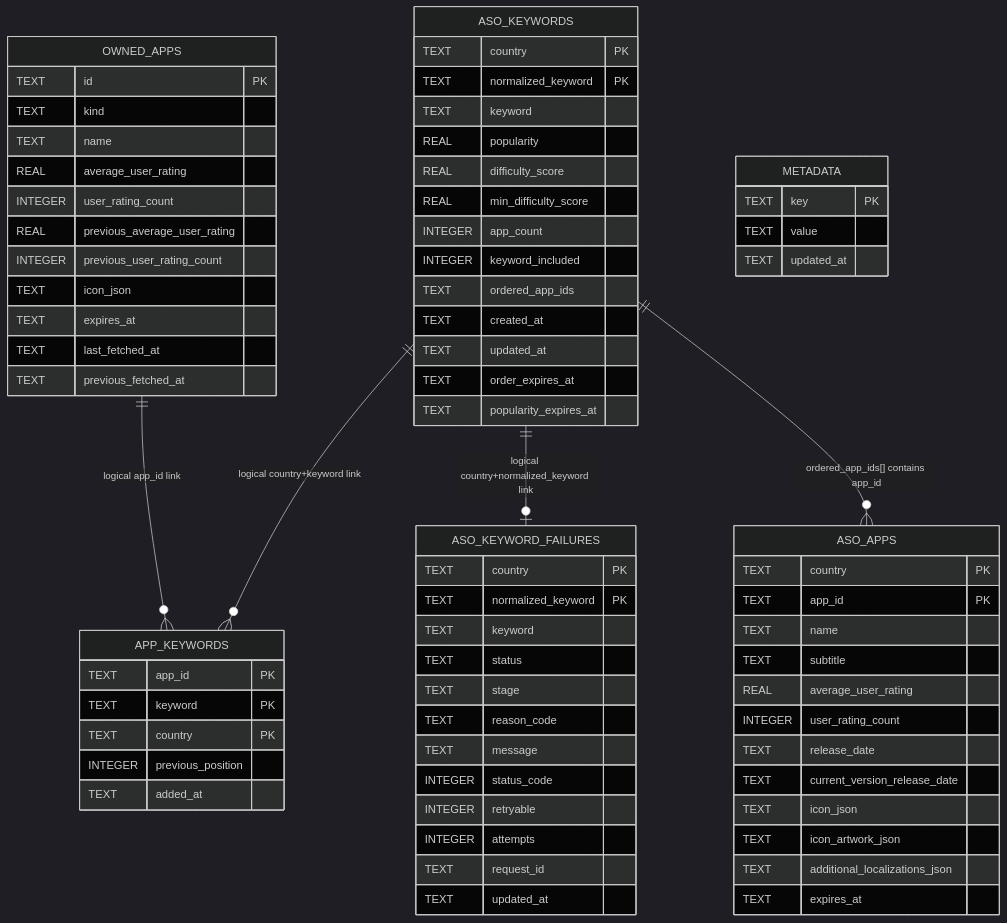
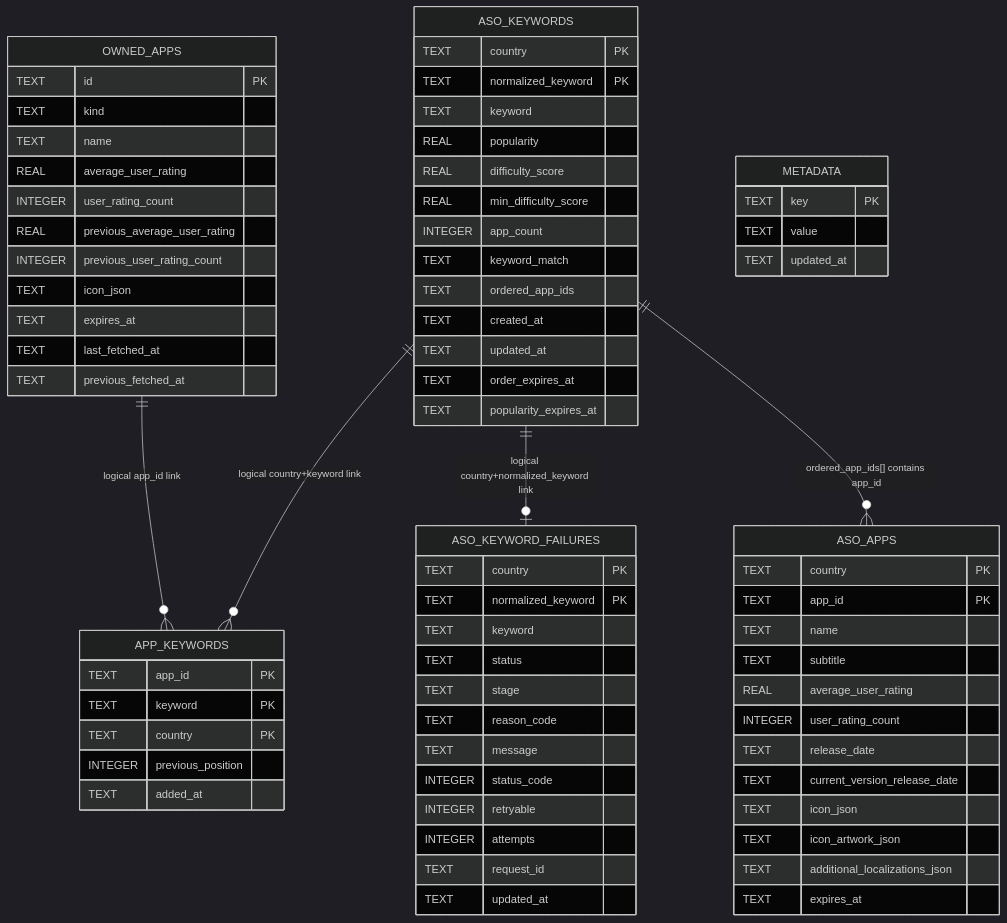
One commit to semihcihan/App-Store-Optimization-CLI changed the diagram in docs/aso-local-sqlite-schema.md. Above: the diagram before and after it, drawn with Mermaid (dark theme). The commit also changed other lines of this file and 24 other files, not shown here.

Commit message:
use keywordMatch instead of keywordIncluded

````diff
--- a/docs/aso-local-sqlite-schema.md
+++ b/docs/aso-local-sqlite-schema.md
@@ -7,81 +7,81 @@
 ```mermaid
 erDiagram
   OWNED_APPS {
     TEXT id PK
     TEXT kind
     TEXT name
     REAL average_user_rating
     INTEGER user_rating_count
     REAL previous_average_user_rating
     INTEGER previous_user_rating_count
     TEXT icon_json
     TEXT expires_at
     TEXT last_fetched_at
     TEXT previous_fetched_at
   }
 
   ASO_KEYWORDS {
     TEXT country PK
     TEXT normalized_keyword PK
     TEXT keyword
     REAL popularity
     REAL difficulty_score
     REAL min_difficulty_score
     INTEGER app_count
-    INTEGER keyword_included
+    TEXT keyword_match
     TEXT ordered_app_ids
     TEXT created_at
     TEXT updated_at
     TEXT order_expires_at
     TEXT popularity_expires_at
   }
 
   ASO_APPS {
     TEXT country PK
     TEXT app_id PK
     TEXT name
     TEXT subtitle
     REAL average_user_rating
     INTEGER user_rating_count
     TEXT release_date
     TEXT current_version_release_date
     TEXT icon_json
     TEXT icon_artwork_json
     TEXT additional_localizations_json
     TEXT expires_at
   }
 
   APP_KEYWORDS {
     TEXT app_id PK
     TEXT keyword PK
     TEXT country PK
     INTEGER previous_position
     TEXT added_at
   }
 
   METADATA {
     TEXT key PK
     TEXT value
     TEXT updated_at
   }
 
   ASO_KEYWORD_FAILURES {
     TEXT country PK
     TEXT normalized_keyword PK
     TEXT keyword
     TEXT status
     TEXT stage
     TEXT reason_code
     TEXT message
     INTEGER status_code
     INTEGER retryable
     INTEGER attempts
     TEXT request_id
     TEXT updated_at
   }
 
   OWNED_APPS ||--o{ APP_KEYWORDS : "logical app_id link"
   ASO_KEYWORDS ||--o{ APP_KEYWORDS : "logical country+keyword link"
   ASO_KEYWORDS ||--o| ASO_KEYWORD_FAILURES : "logical country+normalized_keyword link"
   ASO_KEYWORDS ||--o{ ASO_APPS : "ordered_app_ids[] contains app_id"
 ```
````
